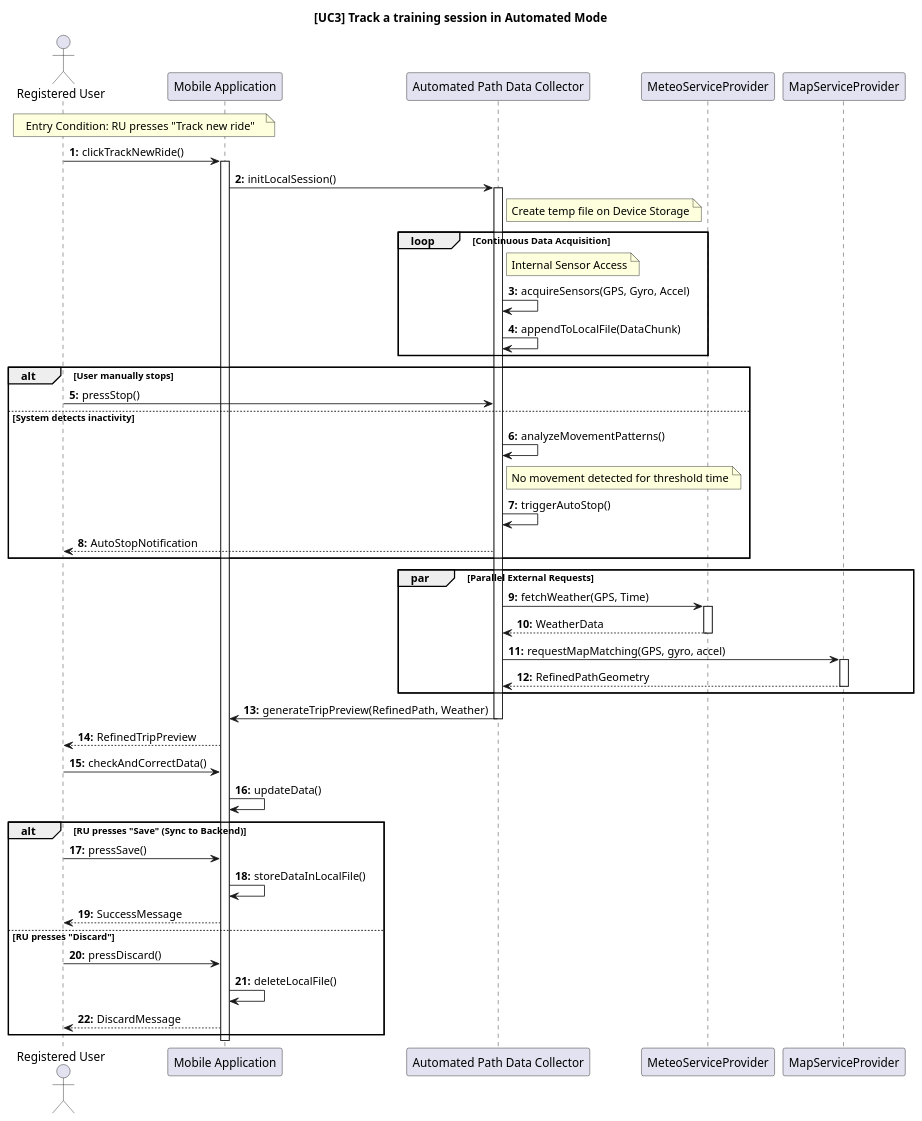
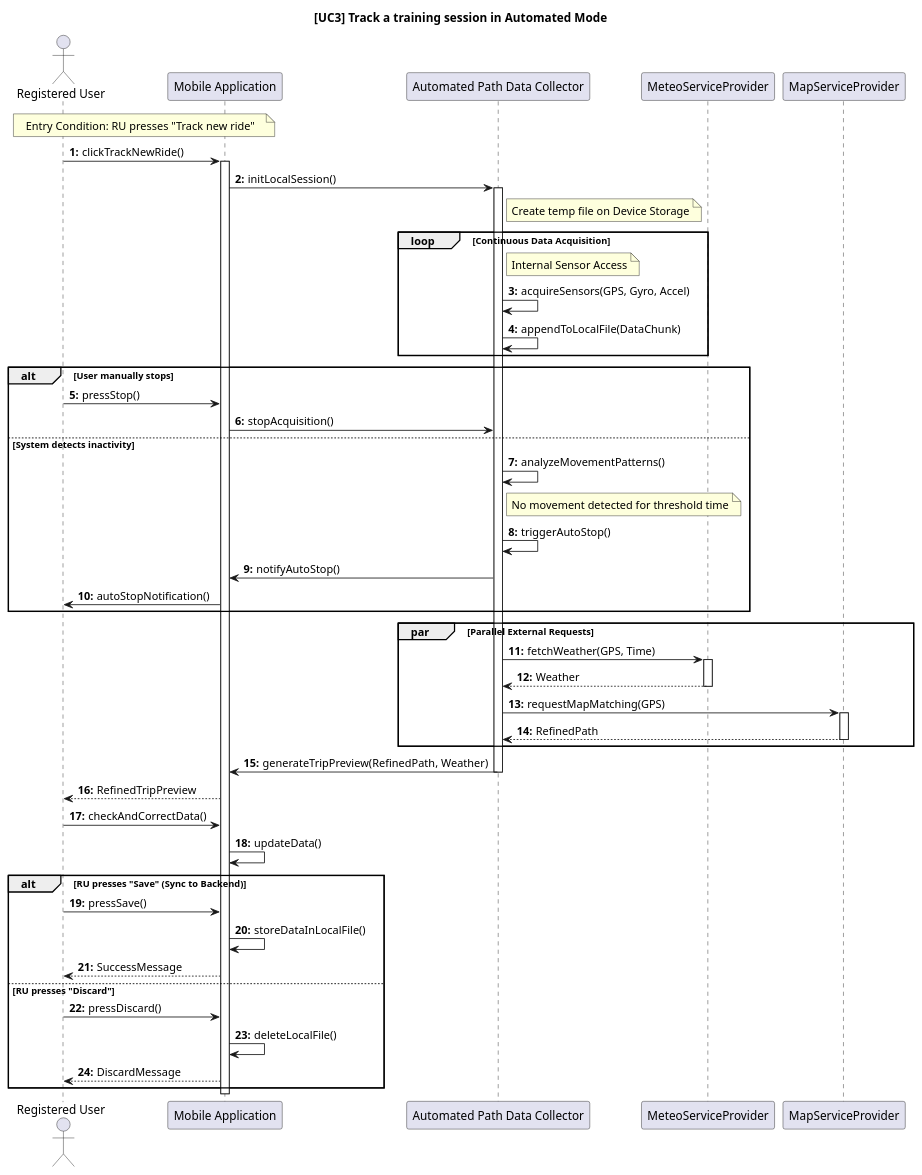
The diagram in DD/sequencediagrams/usecase3.puml (ilevinci/RubinoUvinsiVinciguerra), drawn with PlantUML before and after one commit. The commit also changed 7 other files, not shown here.

Commit message:
refinement of use case diagrams (maybe last version, i hope)

```diff
--- a/DD/sequencediagrams/usecase3.puml
+++ b/DD/sequencediagrams/usecase3.puml
@@ -1,97 +1,99 @@
 @startuml UC3_TrackAutomatedRide_Final
 autonumber "<b>0:"
 title [UC3] Track a training session in Automated Mode
 
 ' =======================================================
 ' COMPONENT DEFINITION
 ' =======================================================
 actor "Registered User" as RU
 participant "Mobile Application" as Client
 participant "Automated Path Data Collector" as APDC
 
 ' Servizi Esterni (Chiamati direttamente dal Client)
 participant "MeteoServiceProvider" as Meteo
 participant "MapServiceProvider" as Map
 
 ' =======================================================
 ' ENTRY CONDITION
 ' =======================================================
 note over RU, Client: Entry Condition: RU presses "Track new ride"
 
 ' =======================================================
 ' (a) START TRACKING
 ' =======================================================
 RU -> Client: clickTrackNewRide()
 activate Client
 
 Client -> APDC: initLocalSession()
 note right of APDC: Create temp file on Device Storage
 
 ' =======================================================
 ' (b), (c) LOCAL ACQUISITION LOOP
 ' =======================================================
 activate APDC
 loop Continuous Data Acquisition
     note right of APDC: Internal Sensor Access
     APDC -> APDC: acquireSensors(GPS, Gyro, Accel)
     APDC -> APDC: appendToLocalFile(DataChunk)
 end
 
 ' =======================================================
 ' (d) DETECT END OF ACTIVITY
 ' =======================================================
 alt User manually stops
-    RU -> APDC: pressStop()
+    RU -> Client: pressStop()
+    Client -> APDC: stopAcquisition()
 else System detects inactivity
     APDC -> APDC: analyzeMovementPatterns()
     note right of APDC: No movement detected for threshold time
     APDC -> APDC: triggerAutoStop()
-    APDC --> RU: AutoStopNotification
+    APDC -> Client: notifyAutoStop()
+    Client -> RU: autoStopNotification()
 end
 
 ' =======================================================
 ' EXTERNAL REFINEMENT (Smart Client)
 ' =======================================================
 'note right of Client: Client acts as Orchestrator
 
 ' Chiamate dirette dal Client ai Servizi Esterni
 par Parallel External Requests
     ' Meteo
     APDC -> Meteo: fetchWeather(GPS, Time)
     activate Meteo
-    Meteo --> APDC: WeatherData
+    Meteo --> APDC: Weather
     deactivate Meteo
     
     ' Map Matching
-    APDC -> Map: requestMapMatching(GPS, gyro, accel)
+    APDC -> Map: requestMapMatching(GPS)
     activate Map
-    Map --> APDC: RefinedPathGeometry
+    Map --> APDC: RefinedPath
     deactivate Map
 end par
 
 ' Generazione Preview Locale
 APDC -> Client: generateTripPreview(RefinedPath, Weather)
 deactivate
 Client --> RU: RefinedTripPreview
 
 ' (f) USER VALIDATION
 RU -> Client: checkAndCorrectData()
 Client -> Client: updateData()
 
 ' =======================================================
 ' EXIT CONDITION: SAVE OR DISCARD
 ' =======================================================
 alt RU presses "Save" (Sync to Backend)
     RU -> Client: pressSave()
     
     Client -> Client: storeDataInLocalFile()
     Client --> RU: SuccessMessage
 
 else RU presses "Discard"
     RU -> Client: pressDiscard()
     Client -> Client: deleteLocalFile()
     Client --> RU: DiscardMessage
 end
 
 deactivate Client
 @enduml
```
